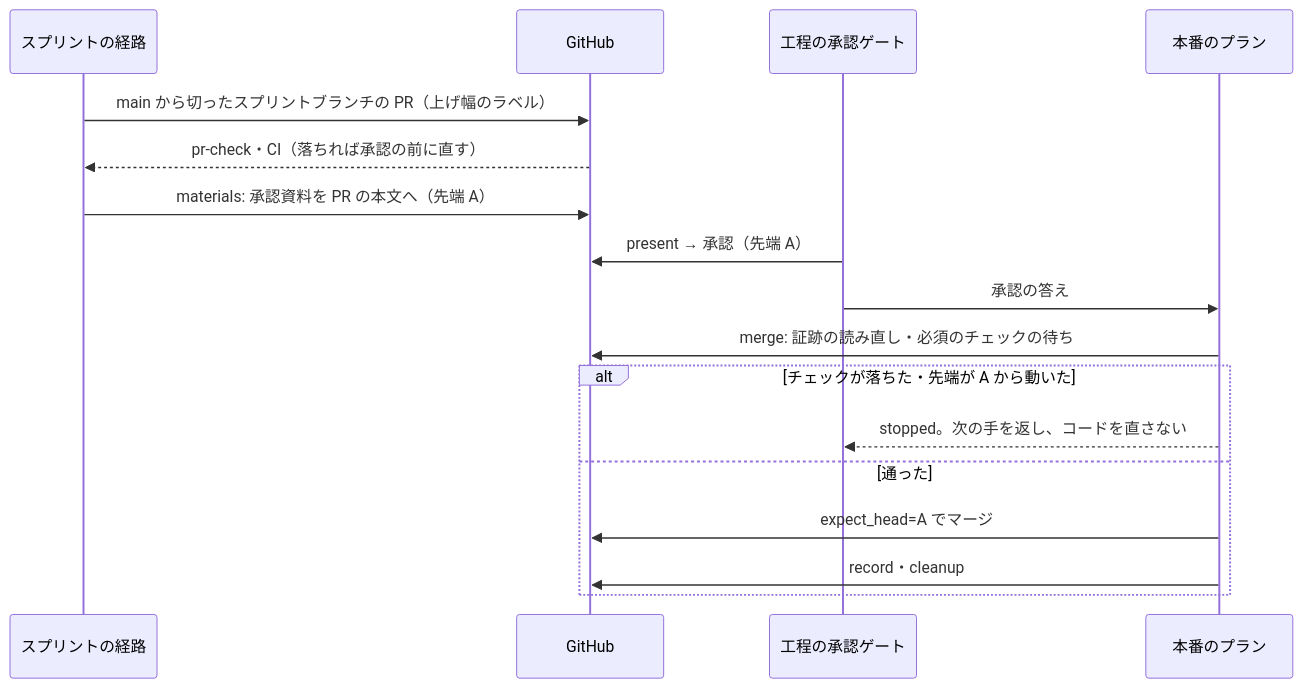
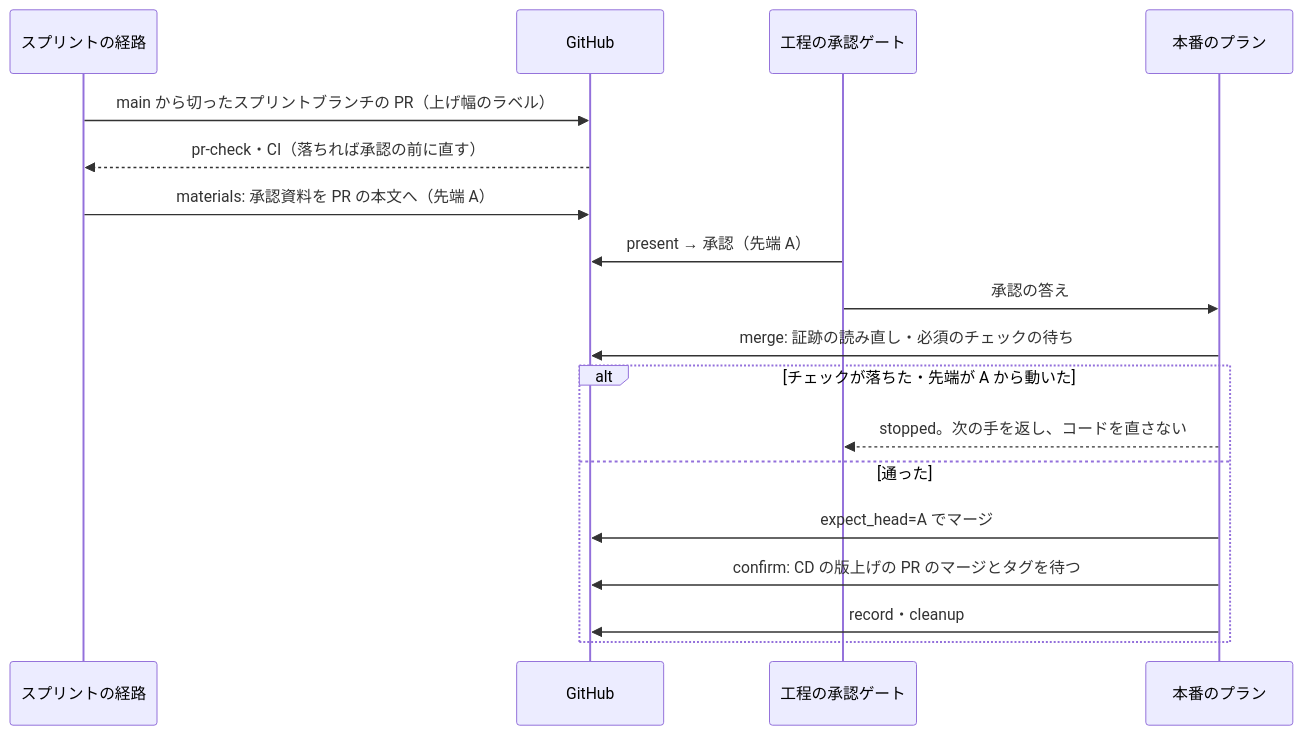
The second of 4 diagrams in issues/issue-3572-design.md (devbasex/ai-plugins), drawn with Mermaid before and after one commit. The commit also changed other lines of this file and 3 other files, not shown here.

````diff
--- a/issues/issue-3572-design.md
+++ b/issues/issue-3572-design.md
@@ -297,19 +327,20 @@
 ```mermaid
 sequenceDiagram
     participant S as スプリントの経路
     participant H as GitHub
     participant G as 工程の承認ゲート
     participant P as 本番のプラン
     S->>H: main から切ったスプリントブランチの PR（上げ幅のラベル）
     H-->>S: pr-check・CI（落ちれば承認の前に直す）
     S->>H: materials: 承認資料を PR の本文へ（先端 A）
     G->>H: present → 承認（先端 A）
     G->>P: 承認の答え
     P->>H: merge: 証跡の読み直し・必須のチェックの待ち
     alt チェックが落ちた・先端が A から動いた
         P-->>G: stopped。次の手を返し、コードを直さない
     else 通った
         P->>H: expect_head=A でマージ
+        P->>H: confirm: CD の版上げの PR のマージとタグを待つ
         P->>H: record・cleanup
     end
 ```
````
